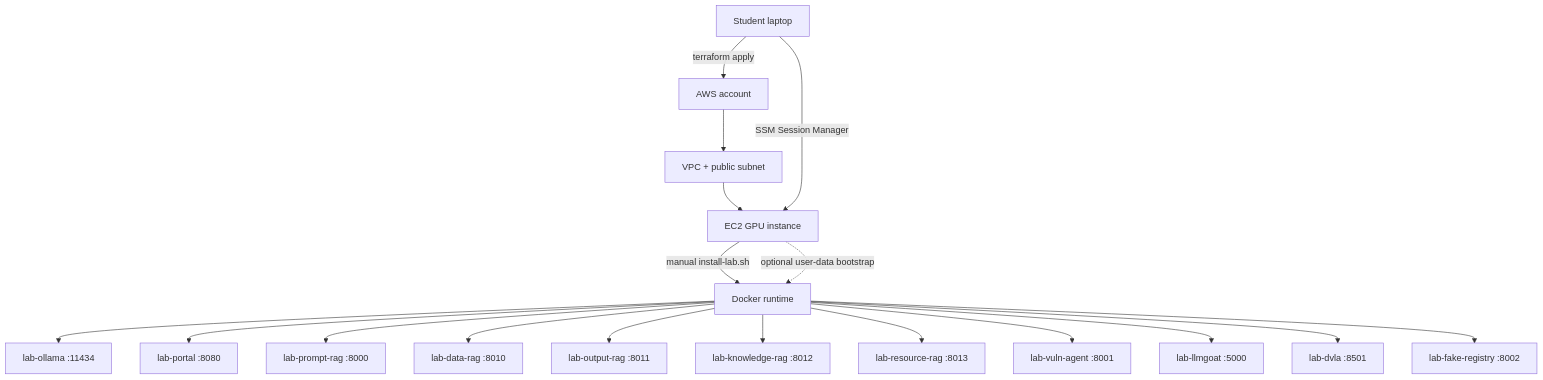
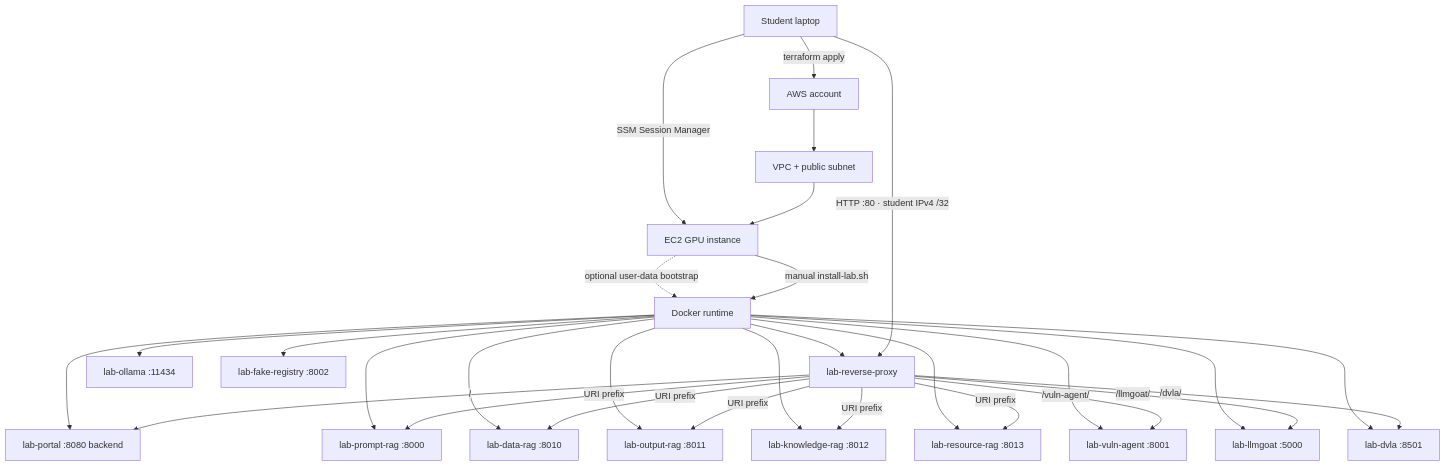
One commit to gasbugs/owasp-llm-lab-setup-guide changed the first of 3 diagrams in docs/ARCHITECTURE.md. Above: the diagram before and after it, drawn with Mermaid. The commit also changed other lines of this file and 22 other files, not shown here.

````diff
--- a/docs/ARCHITECTURE.md
+++ b/docs/ARCHITECTURE.md
@@ -5,20 +5,31 @@
 ```mermaid
 flowchart TD
   A["Student laptop"] -->|"terraform apply"| B["AWS account"]
   B --> C["VPC + public subnet"]
   C --> D["EC2 GPU instance"]
   A -->|"SSM Session Manager"| D
   D -->|"manual install-lab.sh"| E["Docker runtime"]
   D -. "optional user-data bootstrap" .-> E
+  A -->|"HTTP :80 · student IPv4 /32"| N["lab-reverse-proxy"]
+  N -->|"/"| P
+  N -->|"URI prefix"| G1
+  N -->|"URI prefix"| G2
+  N -->|"URI prefix"| G3
+  N -->|"URI prefix"| G4
+  N -->|"URI prefix"| G5
+  N -->|"/vuln-agent/"| H
+  N -->|"/llmgoat/"| I
+  N -->|"/dvla/"| J
   E --> F["lab-ollama :11434"]
-  E --> P["lab-portal :8080"]
+  E --> N
+  E --> P["lab-portal :8080 backend"]
   E --> G1["lab-prompt-rag :8000"]
   E --> G2["lab-data-rag :8010"]
   E --> G3["lab-output-rag :8011"]
   E --> G4["lab-knowledge-rag :8012"]
   E --> G5["lab-resource-rag :8013"]
   E --> H["lab-vuln-agent :8001"]
   E --> I["lab-llmgoat :5000"]
   E --> J["lab-dvla :8501"]
   E --> K["lab-fake-registry :8002"]
 ```
````
